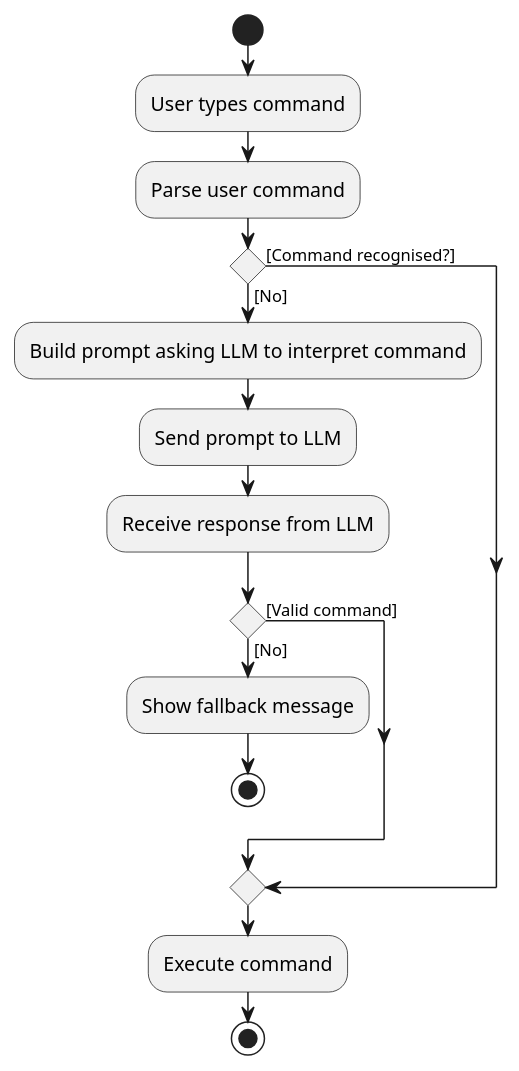
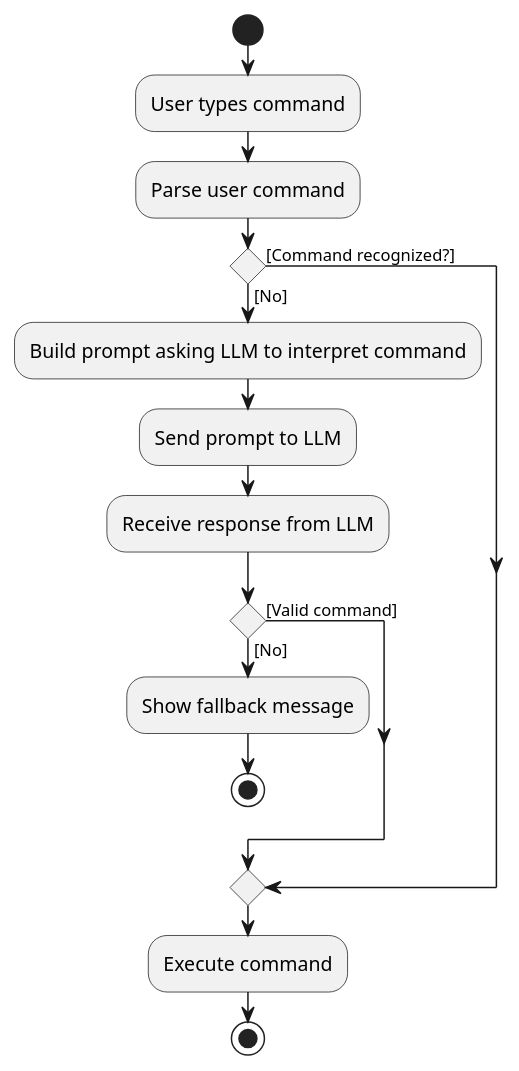
The diagram in tutorials/addingLocalAiToJavaApp.md (se-edu/guides), drawn with PlantUML before and after one commit. The commit also changed other lines of this file and 1 other file, not shown here.

```diff
--- a/tutorials/addingLocalAiToJavaApp.md
+++ b/tutorials/addingLocalAiToJavaApp.md
@@ -86,22 +86,22 @@
 @startuml
 skinparam DefaultFontName Arial
 skinparam activityFontSize 13
 skinparam shadowing false
 
 start
 :User types command;
 :Parse user command;
-if () then ([Command recognised?])
+if () then ([Command recognized?])
 else ([No])
   :Build prompt asking LLM to interpret command;
   :Send prompt to LLM;
   :Receive response from LLM;
   if () then ([Valid command])
   else ([No])
     :Show fallback message;
     stop
   endif
 endif
 :Execute command;
 stop
 @enduml
```
